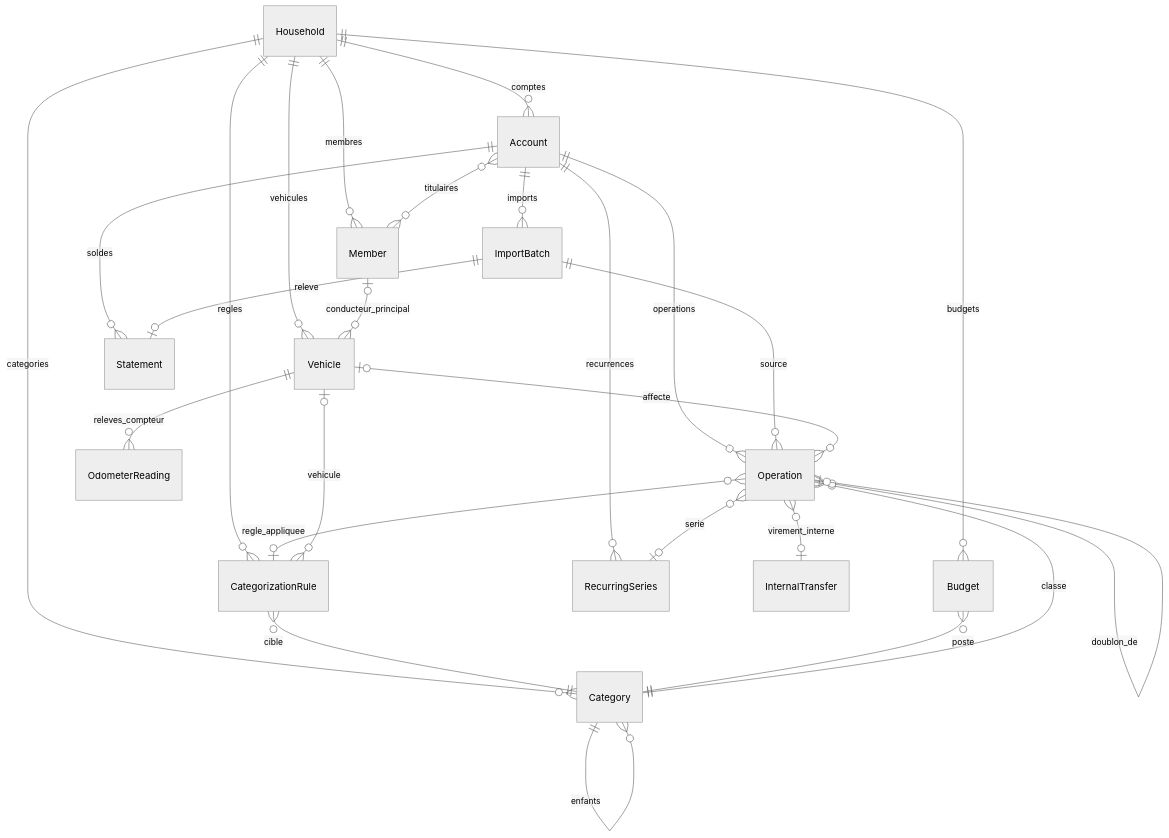
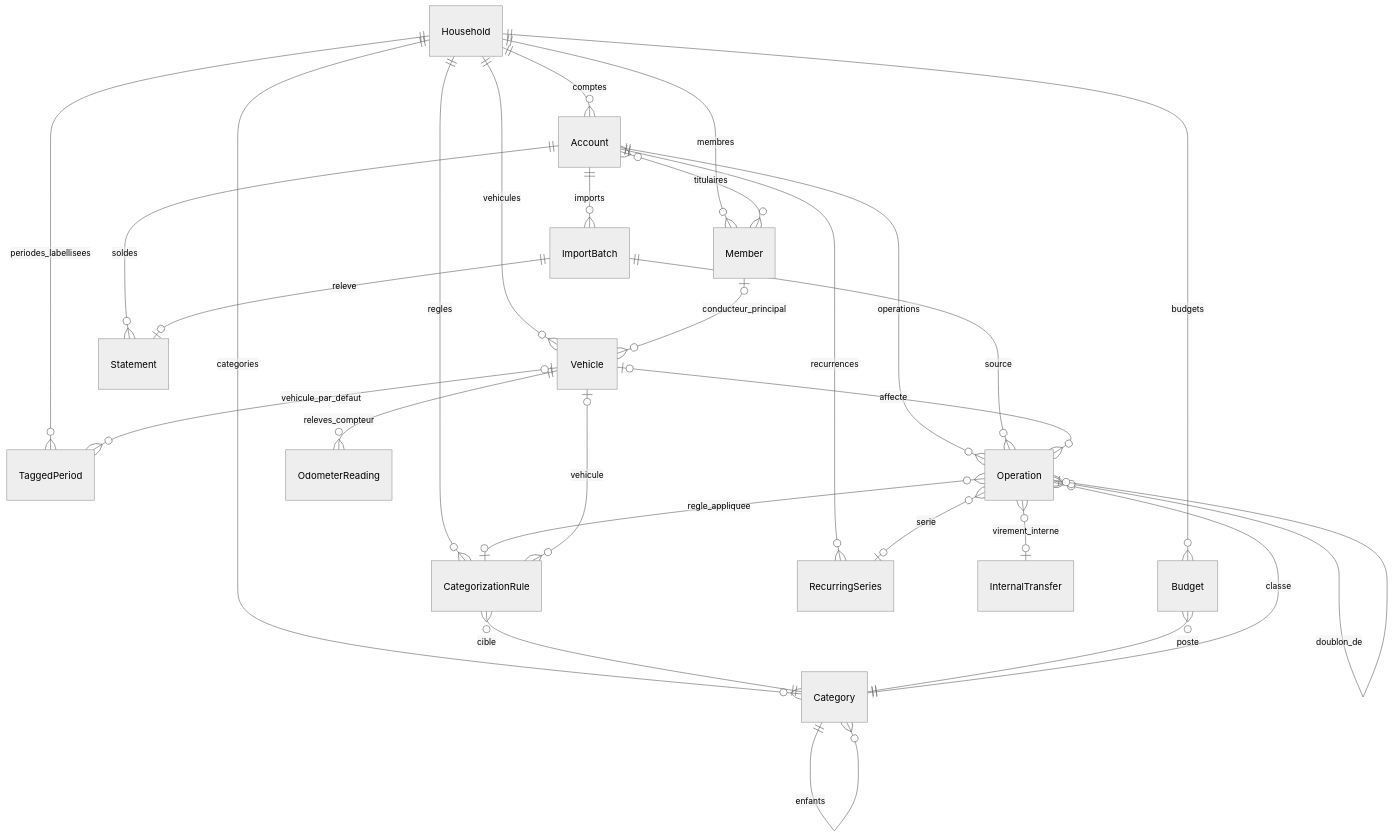
Before and after one commit to loclamor/treso-foyer: the diagram in docs/modele-donnees.md, drawn with Mermaid (neutral theme). The commit also changed other lines of this file and 34 other files, not shown here.

First line of the commit message:
Add tagged periods API and vehicle assignment stats

````diff
--- a/docs/modele-donnees.md
+++ b/docs/modele-donnees.md
@@ -5,28 +5,30 @@
 ```mermaid
 erDiagram
     Household ||--o{ Member : membres
     Household ||--o{ Account : comptes
     Household ||--o{ Category : categories
     Household ||--o{ CategorizationRule : regles
     Household ||--o{ Budget : budgets
+    Household ||--o{ TaggedPeriod : periodes_labellisees
     Household ||--o{ Vehicle : vehicules
     Account }o--o{ Member : titulaires
     Account ||--o{ ImportBatch : imports
     Account ||--o{ Statement : soldes
     Account ||--o{ Operation : operations
     Account ||--o{ RecurringSeries : recurrences
     ImportBatch ||--o| Statement : releve
     ImportBatch ||--o{ Operation : source
     Category ||--o{ Category : enfants
     Category ||--o{ Operation : classe
     CategorizationRule }o--|| Category : cible
     Operation }o--o| CategorizationRule : regle_appliquee
     Operation }o--o| Operation : doublon_de
     Operation }o--o| InternalTransfer : virement_interne
     Operation }o--o| RecurringSeries : serie
     Budget }o--|| Category : poste
     Vehicle ||--o{ OdometerReading : releves_compteur
     Vehicle |o--o{ Operation : affecte
+    Vehicle |o--o{ TaggedPeriod : vehicule_par_defaut
     CategorizationRule }o--o| Vehicle : vehicule
     Member |o--o{ Vehicle : conducteur_principal
 ```
````
